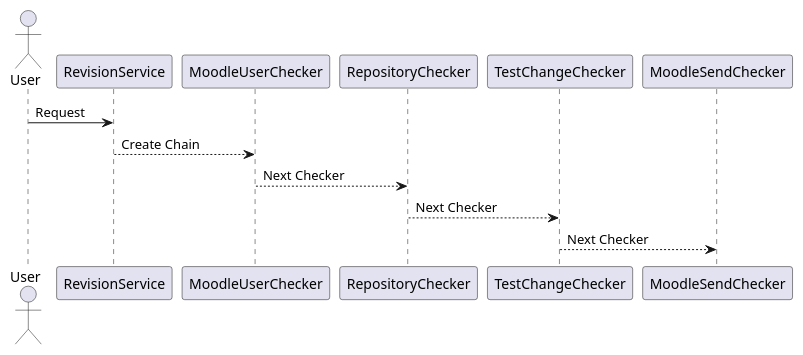
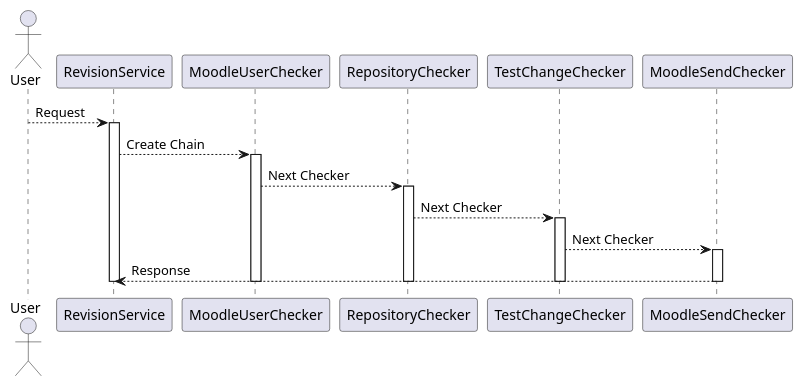
Before and after one commit to rpmhub/revision: the diagram in docs/SequenceDiagram.puml, drawn with PlantUML.

Commit message:
update in Sequence Diagram revision#4

```diff
--- a/docs/SequenceDiagram.puml
+++ b/docs/SequenceDiagram.puml
@@ -1,9 +1,20 @@
 @startuml
 
 actor User
-User -> RevisionService : Request
+User --> RevisionService : Request
+activate RevisionService
 RevisionService --> MoodleUserChecker : Create Chain
+activate MoodleUserChecker
 MoodleUserChecker --> RepositoryChecker : Next Checker
+activate RepositoryChecker
 RepositoryChecker --> TestChangeChecker : Next Checker
+activate TestChangeChecker
 TestChangeChecker --> MoodleSendChecker : Next Checker
+activate MoodleSendChecker
+MoodleSendChecker --> RevisionService : Response
+deactivate 
+deactivate 
+deactivate
+deactivate
+deactivate
 @enduml
```
